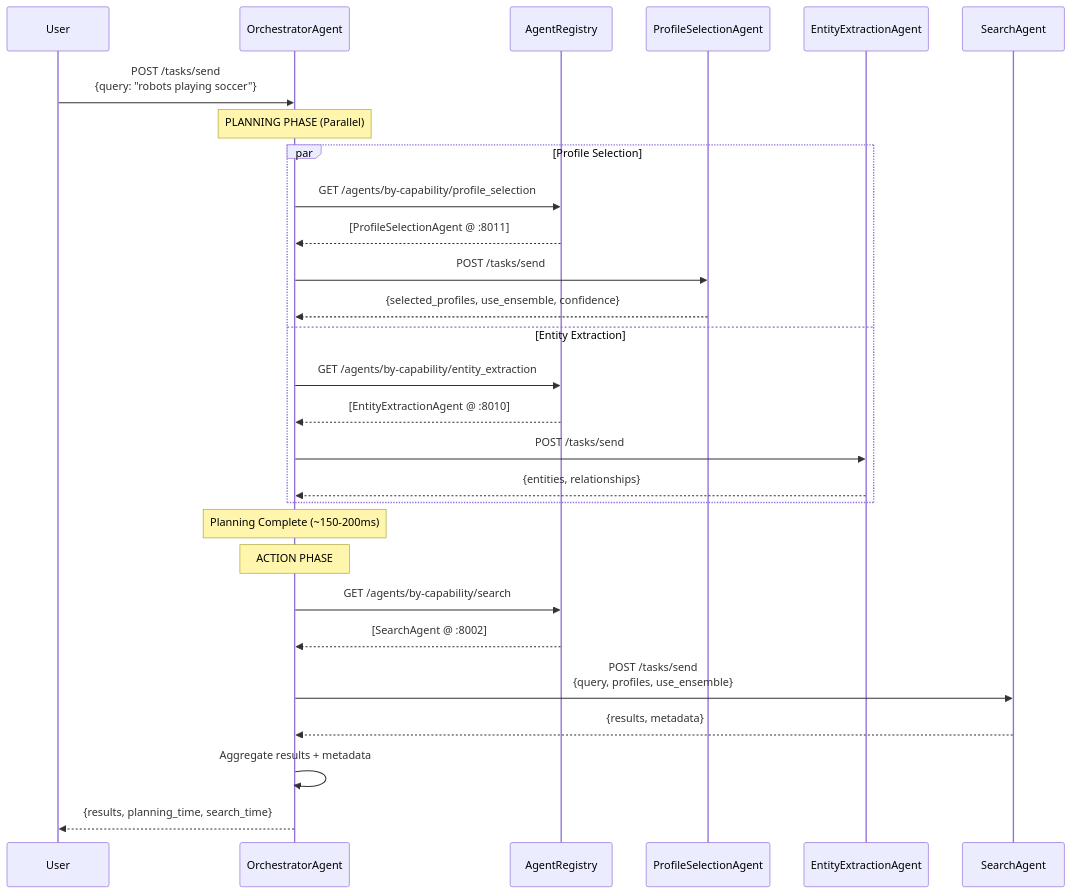
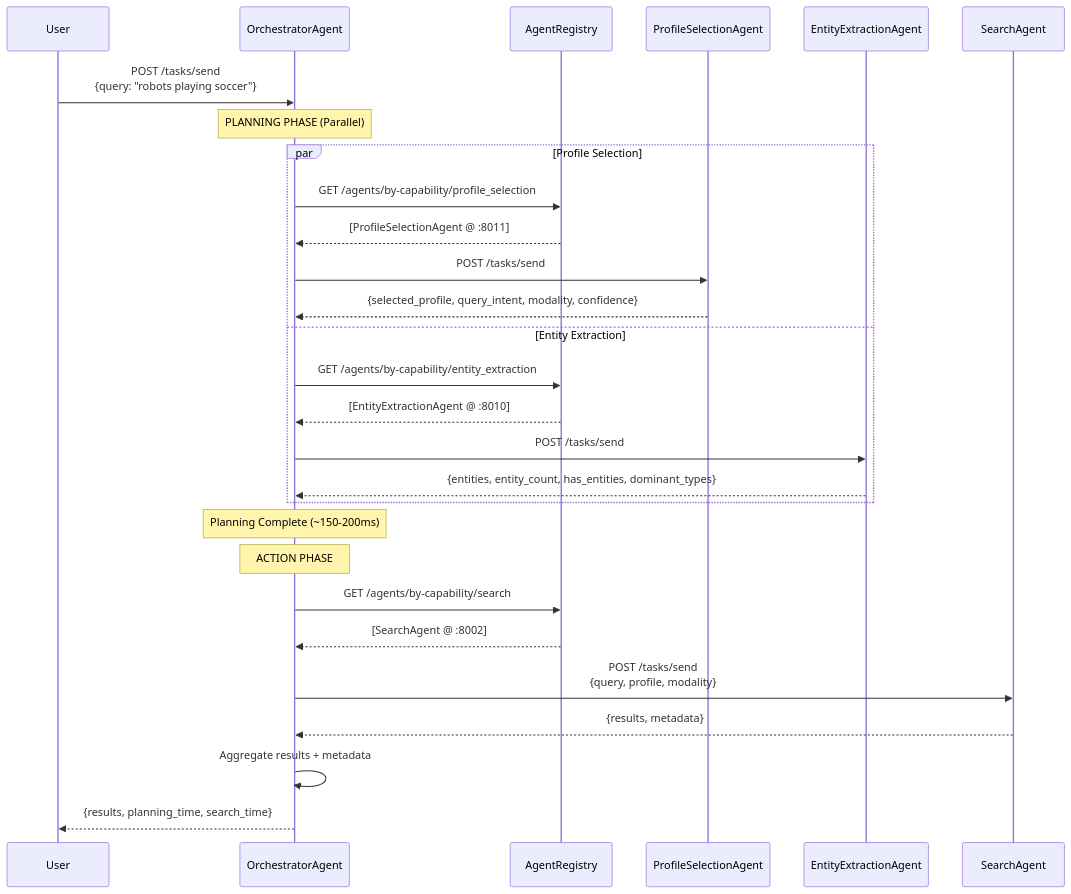
The seventh of 20 diagrams in docs/modules/agents.md (amit-jain/cogniverse), drawn with Mermaid before and after one commit. The commit also changed other lines of this file and 137 other files, not shown here.

````diff
--- a/docs/modules/agents.md
+++ b/docs/modules/agents.md
@@ -1344,37 +1329,37 @@
 ```mermaid
 sequenceDiagram
     participant User
     participant Orch as OrchestratorAgent
     participant Registry as AgentRegistry
     participant Prof as ProfileSelectionAgent
     participant Entity as EntityExtractionAgent
     participant Search as SearchAgent
 
     User->>Orch: POST /tasks/send<br/>{query: "robots playing soccer"}
 
     Note over Orch: PLANNING PHASE (Parallel)
 
     par Profile Selection
         Orch->>Registry: GET /agents/by-capability/profile_selection
         Registry-->>Orch: [ProfileSelectionAgent @ :8011]
         Orch->>Prof: POST /tasks/send
-        Prof-->>Orch: {selected_profiles, use_ensemble, confidence}
+        Prof-->>Orch: {selected_profile, query_intent, modality, confidence}
     and Entity Extraction
         Orch->>Registry: GET /agents/by-capability/entity_extraction
         Registry-->>Orch: [EntityExtractionAgent @ :8010]
         Orch->>Entity: POST /tasks/send
-        Entity-->>Orch: {entities, relationships}
+        Entity-->>Orch: {entities, entity_count, has_entities, dominant_types}
     end
 
     Note over Orch: Planning Complete (~150-200ms)
     Note over Orch: ACTION PHASE
 
     Orch->>Registry: GET /agents/by-capability/search
     Registry-->>Orch: [SearchAgent @ :8002]
 
-    Orch->>Search: POST /tasks/send<br/>{query, profiles, use_ensemble}
+    Orch->>Search: POST /tasks/send<br/>{query, profile, modality}
     Search-->>Orch: {results, metadata}
 
     Orch->>Orch: Aggregate results + metadata
     Orch-->>User: {results, planning_time, search_time}
 ```
````
